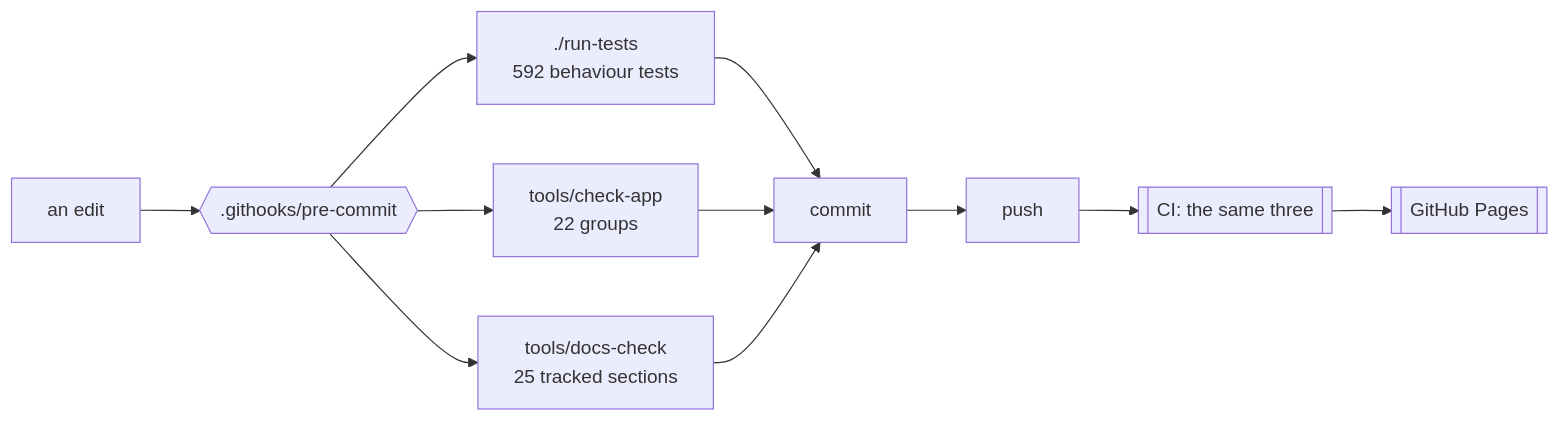
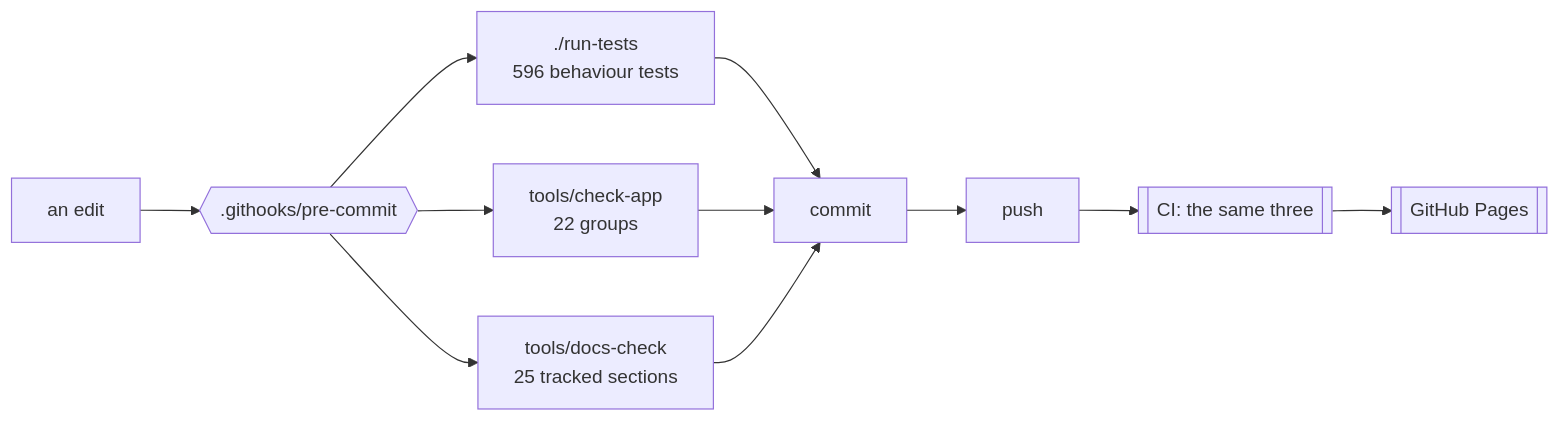
The first of 2 diagrams in docs/DEVELOPING.md (minormending/crystal-pilot-mobile), drawn with Mermaid before and after one commit. The commit also changed other lines of this file and 1 other file, not shown here.

````diff
--- a/docs/DEVELOPING.md
+++ b/docs/DEVELOPING.md
@@ -15,12 +15,12 @@
 ```mermaid
 flowchart LR
     E[an edit] --> H{{".githooks/pre-commit"}}
-    H --> T["./run-tests<br/>592 behaviour tests"]
+    H --> T["./run-tests<br/>596 behaviour tests"]
     H --> C["tools/check-app<br/>22 groups"]
     H --> D["tools/docs-check<br/>25 tracked sections"]
     T --> OK[commit]
     C --> OK
     D --> OK
     OK --> P[push] --> CI[["CI: the same three"]]
     CI --> PG[[GitHub Pages]]
 ```
````
